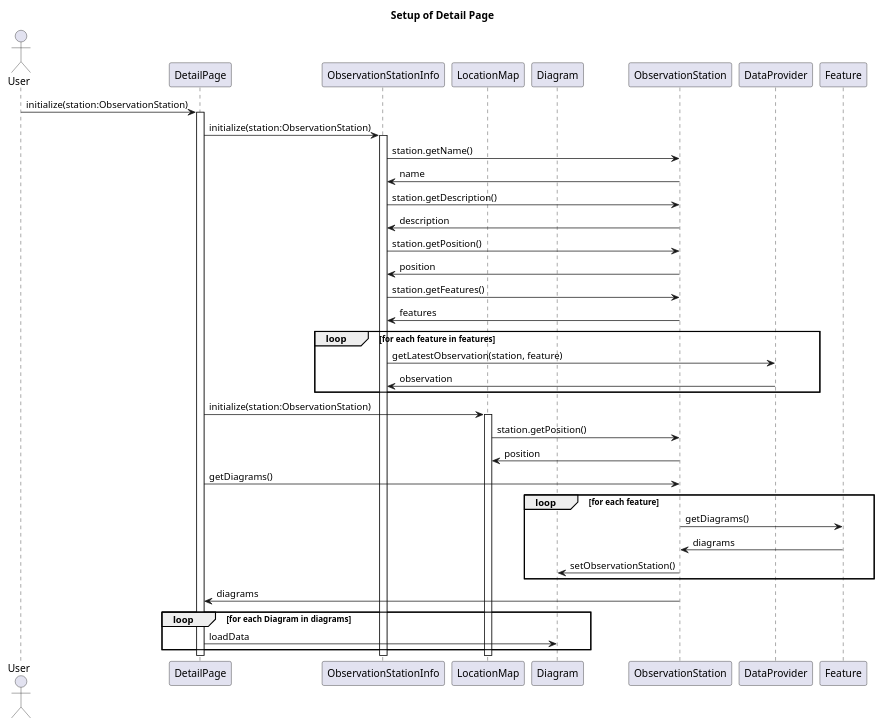
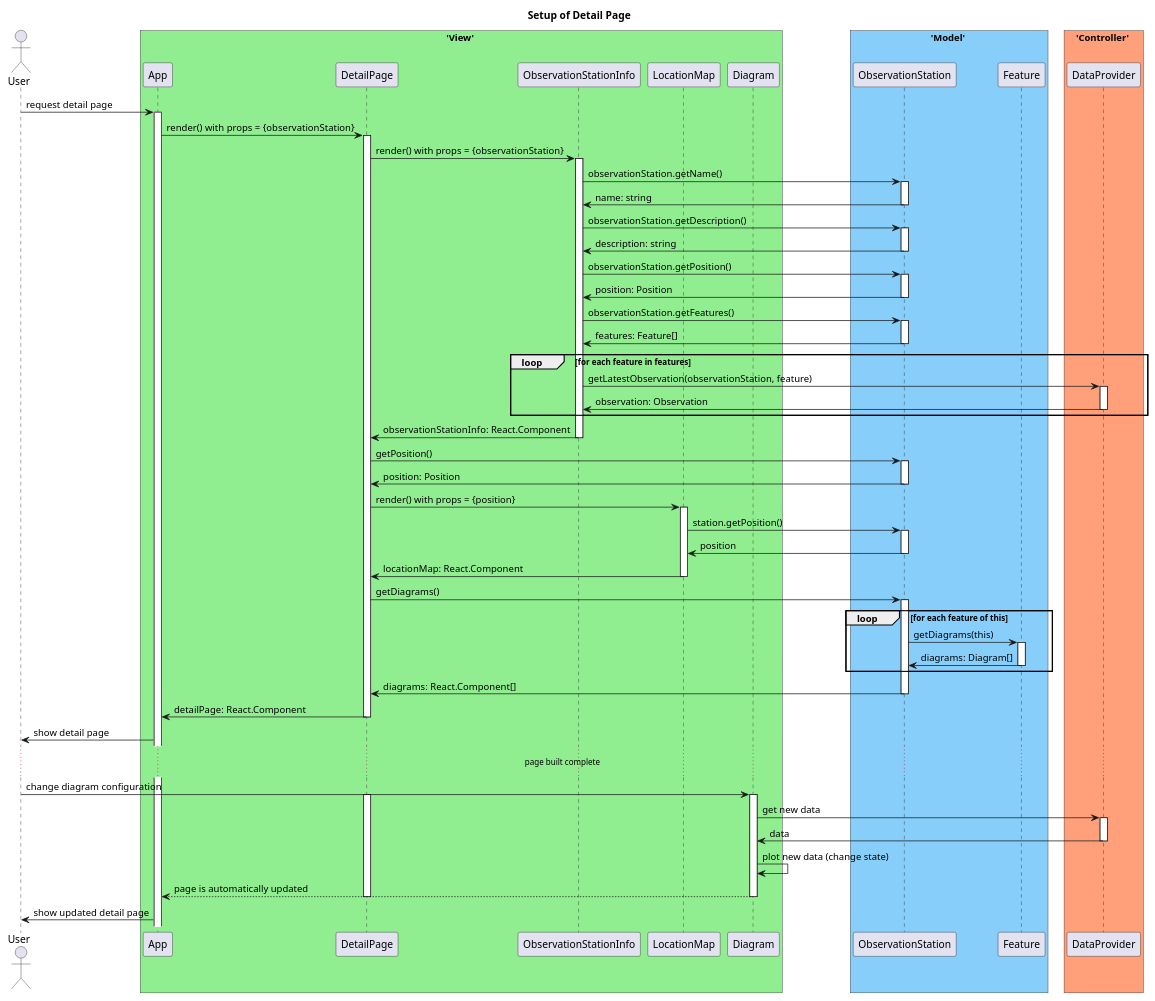
The diagram in Entwurf/PlantUML/DetailPage_Setup_SequenceDiagram.puml (JonaEnz/pse-airquality-1), drawn with PlantUML before and after one commit.

Commit message:
Update sequence diagram for detail page

```diff
--- a/Entwurf/PlantUML/DetailPage_Setup_SequenceDiagram.puml
+++ b/Entwurf/PlantUML/DetailPage_Setup_SequenceDiagram.puml
@@ -1,48 +1,102 @@
 @startuml
 
 title Setup of Detail Page
+skinparam BoxPadding 10
 
 actor User
-participant  DetailPage
-participant  ObservationStationInfo
-participant  LocationMap
-participant  Diagram
-participant  ObservationStation
+
+box 'View' #LightGreen
+participant App
+participant DetailPage
+participant ObservationStationInfo
+participant LocationMap
+participant Diagram
+end box
+
+box 'Model' #LightSkyBlue
+participant ObservationStation
+participant Feature
+end box
+
+box 'Controller' #LightSalmon
 participant  DataProvider
+end box
 
-User -> DetailPage : initialize(station:ObservationStation)
+User -> App : request detail page
+
+activate App
+App -> DetailPage : render() with props = {observationStation}
 activate DetailPage
 
-DetailPage -> ObservationStationInfo : initialize(station:ObservationStation)
+DetailPage -> ObservationStationInfo : render() with props = {observationStation}
 activate ObservationStationInfo
-ObservationStationInfo -> ObservationStation : station.getName()
-ObservationStationInfo <- ObservationStation : name
-ObservationStationInfo -> ObservationStation: station.getDescription()
-ObservationStationInfo <- ObservationStation : description
-ObservationStationInfo -> ObservationStation : station.getPosition()
-ObservationStationInfo <- ObservationStation : position
-ObservationStationInfo -> ObservationStation : station.getFeatures()
-ObservationStationInfo <- ObservationStation : features
+ObservationStationInfo -> ObservationStation : observationStation.getName()
+activate ObservationStation
+ObservationStationInfo <- ObservationStation : name: string
+deactivate ObservationStation
+ObservationStationInfo -> ObservationStation: observationStation.getDescription()
+activate ObservationStation
+ObservationStationInfo <- ObservationStation : description: string
+deactivate ObservationStation
+ObservationStationInfo -> ObservationStation : observationStation.getPosition()
+activate ObservationStation
+ObservationStationInfo <- ObservationStation : position: Position
+deactivate ObservationStation
+ObservationStationInfo -> ObservationStation : observationStation.getFeatures()
+activate ObservationStation
+ObservationStationInfo <- ObservationStation : features: Feature[]
+deactivate ObservationStation
 loop for each feature in features
-    ObservationStationInfo -> DataProvider : getLatestObservation(station, feature)
-    ObservationStationInfo <- DataProvider : observation
+    ObservationStationInfo -> DataProvider : getLatestObservation(observationStation, feature)
+    activate DataProvider
+    ObservationStationInfo <- DataProvider : observation: Observation
+    deactivate DataProvider
 end
+DetailPage <- ObservationStationInfo : observationStationInfo: React.Component
+deactivate ObservationStationInfo
 
-DetailPage -> LocationMap : initialize(station:ObservationStation)
+DetailPage -> ObservationStation : getPosition()
+activate ObservationStation
+DetailPage <- ObservationStation : position: Position
+deactivate ObservationStation
+
+DetailPage -> LocationMap: render() with props = {position}
 activate LocationMap
 LocationMap -> ObservationStation : station.getPosition()
+activate ObservationStation
 LocationMap <- ObservationStation : position
+deactivate ObservationStation
+DetailPage <- LocationMap: locationMap: React.Component
+deactivate LocationMap
 
 DetailPage -> ObservationStation : getDiagrams()
-loop for each feature
-    ObservationStation -> Feature : getDiagrams()
-    ObservationStation <- Feature : diagrams
-    ObservationStation -> Diagram : setObservationStation()
+activate ObservationStation
+loop for each feature of this
+    ObservationStation -> Feature : getDiagrams(this)
+    activate Feature
+    ObservationStation <- Feature : diagrams: Diagram[]
+    deactivate Feature
 end
-DetailPage <- ObservationStation : diagrams
+DetailPage <- ObservationStation : diagrams: React.Component[]
+deactivate ObservationStation
 
-loop for each Diagram in diagrams
-    DetailPage -> Diagram: loadData
-end
+App <- DetailPage : detailPage: React.Component
+deactivate DetailPage
 
+User <- App : show detail page
+
+...page built complete...
+
+User -> Diagram : change diagram configuration
+activate DetailPage
+activate Diagram
+Diagram -> DataProvider : get new data
+activate DataProvider
+Diagram <- DataProvider : data
+deactivate DataProvider
+Diagram -> Diagram : plot new data (change state)
+App <-- Diagram : page is automatically updated
+deactivate Diagram
+deactivate DetailPage
+User <- App : show updated detail page
 @enduml
```
